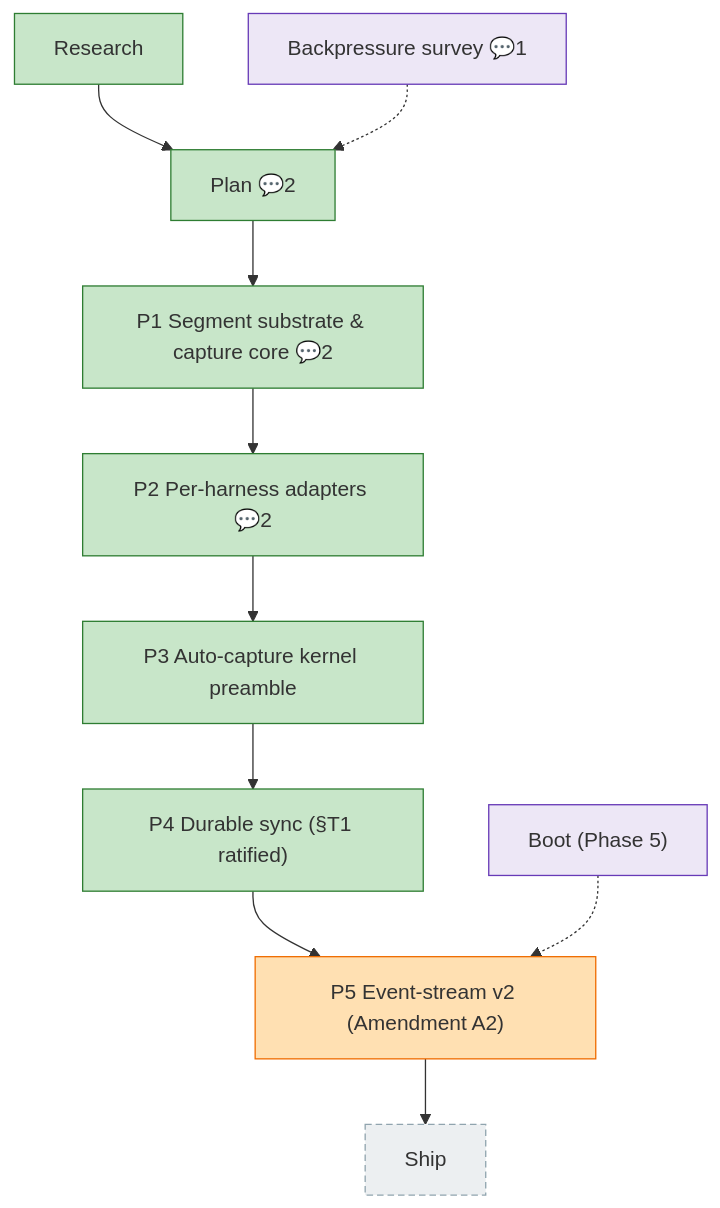
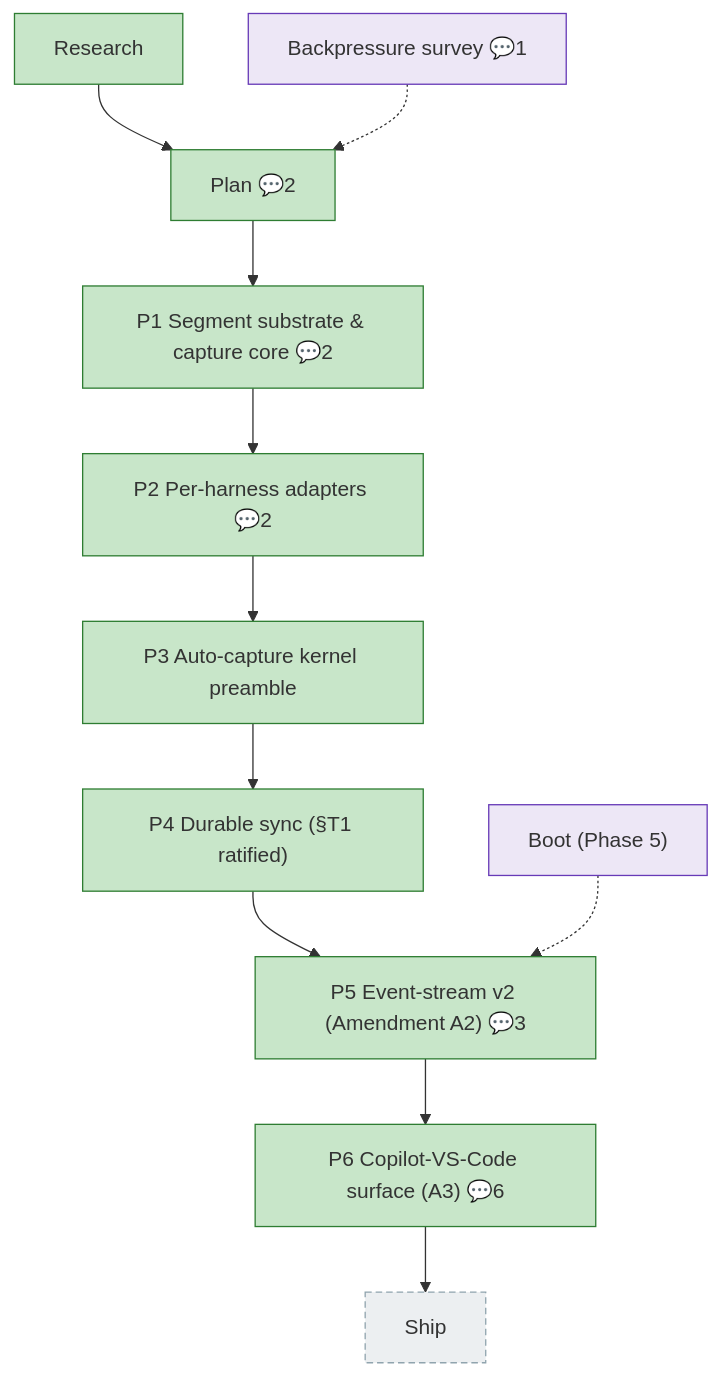
The diagram in docs/plans/034-harness-telemetry-collection/the-flow.md (AI-Substrate/harness-engineering), drawn with Mermaid before and after one commit. The commit also changed other lines of this file and 2 other files, not shown here.

First line of the commit message:
chore(034): Phase 6 done — companion debrief recorded, flight plan advanced

````diff
--- a/docs/plans/034-harness-telemetry-collection/the-flow.md
+++ b/docs/plans/034-harness-telemetry-collection/the-flow.md
@@ -8,37 +8,39 @@
 ```mermaid
 flowchart TD
     ship["Ship"]:::assumed
     plan["Plan 💬2"]:::done
     research["Research"]:::done
     phase_1["P1 Segment substrate & capture core 💬2"]:::done
     phase_2["P2 Per-harness adapters 💬2"]:::done
     phase_3["P3 Auto-capture kernel preamble"]:::done
     phase_4["P4 Durable sync (§T1 ratified)"]:::done
-    phase_5["P5 Event-stream v2 (Amendment A2)"]:::wip
+    phase_5["P5 Event-stream v2 (Amendment A2) 💬3"]:::done
+    phase_6["P6 Copilot-VS-Code surface (A3) 💬6"]:::done
 
     plan --> phase_1
     research --> plan
     phase_1 --> phase_2
     phase_2 --> phase_3
     phase_3 --> phase_4
     phase_4 --> phase_5
-    phase_5 --> ship
+    phase_5 --> phase_6
+    phase_6 --> ship
 
     backpressure["Backpressure survey 💬1"]:::harness
     harness_boot_p5["Boot (Phase 5)"]:::harness
     backpressure -.-> plan
     harness_boot_p5 -.-> phase_5
 
     classDef done fill:#C8E6C9,stroke:#2E7D32;
     classDef wip fill:#FFE0B2,stroke:#EF6C00;
     classDef blocked fill:#FFCDD2,stroke:#C62828;
     classDef known fill:#BBDEFB,stroke:#1565C0;
     classDef assumed fill:#ECEFF1,stroke:#90A4AE,stroke-dasharray:5 3;
     classDef said fill:#FFF9C4,stroke:#F9A825;
     classDef harness fill:#EDE7F6,stroke:#673AB7;
     classDef decision fill:#FFF3E0,stroke:#FB8C00,stroke-dasharray:2 2;
     classDef companion fill:#D1C4E9,stroke:#5E35B1;
     classDef worker fill:#B2DFDB,stroke:#00897B;
     classDef chore fill:#E0F2F1,stroke:#00897B,stroke-dasharray:3 2;
     classDef unknown fill:#FAFAFA,stroke:#BDBDBD,stroke-dasharray:1 4;
 ```
````
